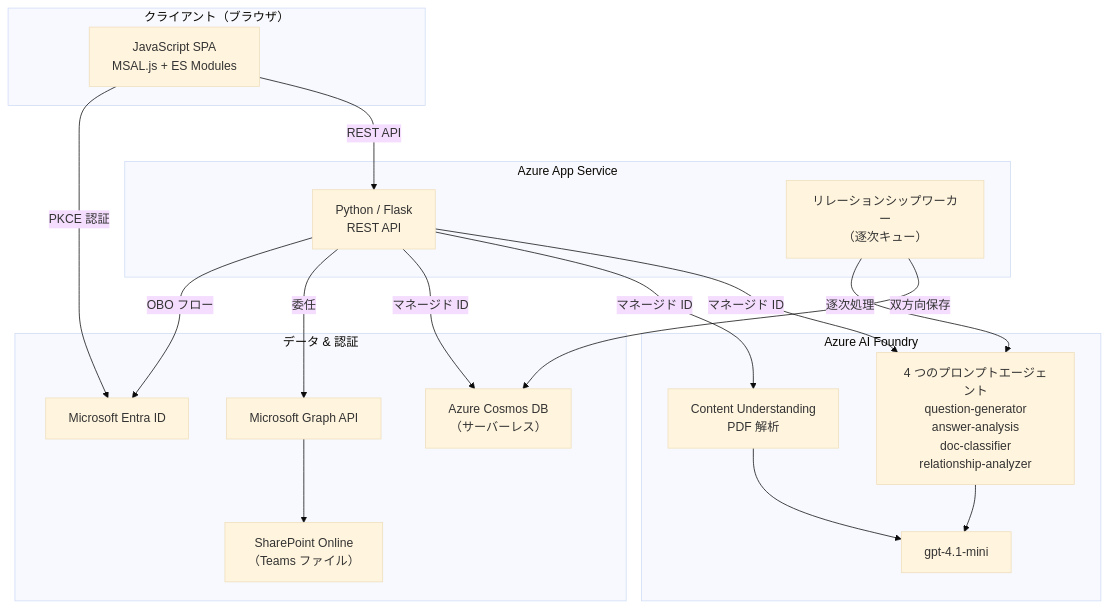
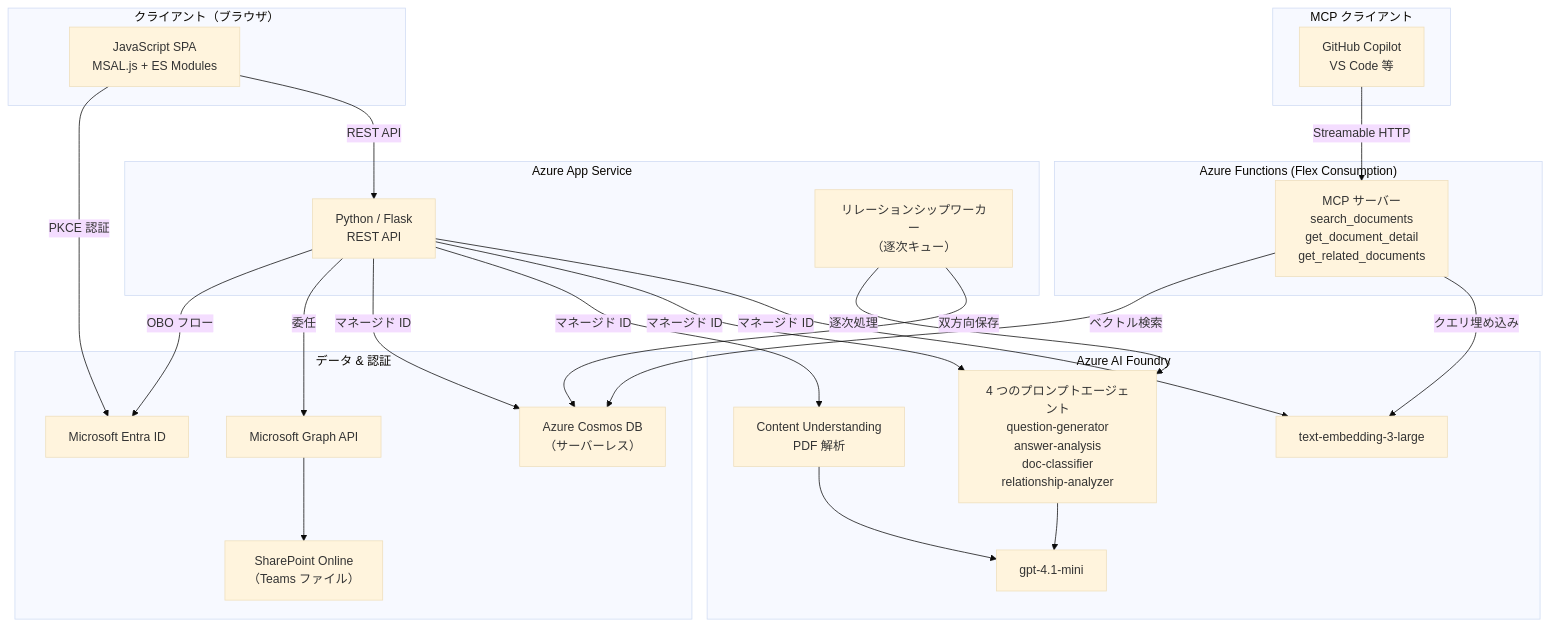
One commit to hatasaki/Manufacturing-Intelligent-Document-Management changed the second of 2 diagrams in README.md. Above: the diagram before and after it, drawn with Mermaid (base theme). The commit also changed other lines of this file and 1 other file, not shown here.

````diff
--- a/README.md
+++ b/README.md
@@ -300,37 +313,50 @@
 ```mermaid
 graph TB
     subgraph "クライアント（ブラウザ）"
         FE["JavaScript SPA<br/>MSAL.js + ES Modules"]
     end
 
     subgraph "Azure App Service"
         BE["Python / Flask<br/>REST API"]
         REL_WORKER["リレーションシップワーカー<br/>（逐次キュー）"]
     end
 
+    subgraph "Azure Functions (Flex Consumption)"
+        MCP["MCP サーバー<br/>search_documents<br/>get_document_detail<br/>get_related_documents"]
+    end
+
     subgraph "Azure AI Foundry"
         CU["Content Understanding<br/>PDF 解析"]
         AGENTS["4 つのプロンプトエージェント<br/>question-generator<br/>answer-analysis<br/>doc-classifier<br/>relationship-analyzer"]
         GPT["gpt-4.1-mini"]
+        EMB["text-embedding-3-large"]
     end
 
     subgraph "データ & 認証"
         COSMOS["Azure Cosmos DB<br/>（サーバーレス）"]
         ENTRA["Microsoft Entra ID"]
         GRAPH["Microsoft Graph API"]
         SP["SharePoint Online<br/>（Teams ファイル）"]
+    end
+
+    subgraph "MCP クライアント"
+        MCP_CLIENT["GitHub Copilot<br/>VS Code 等"]
     end
 
     FE -->|"PKCE 認証"| ENTRA
     FE -->|"REST API"| BE
     BE -->|"OBO フロー"| ENTRA
     BE -->|"委任"| GRAPH
     GRAPH --> SP
     BE -->|"マネージド ID"| COSMOS
     BE -->|"マネージド ID"| CU
     BE -->|"マネージド ID"| AGENTS
+    BE -->|"マネージド ID"| EMB
     AGENTS --> GPT
     CU --> GPT
     REL_WORKER -->|"逐次処理"| AGENTS
     REL_WORKER -->|"双方向保存"| COSMOS
+    MCP_CLIENT -->|"Streamable HTTP"| MCP
+    MCP -->|"ベクトル検索"| COSMOS
+    MCP -->|"クエリ埋め込み"| EMB
 ```
````
